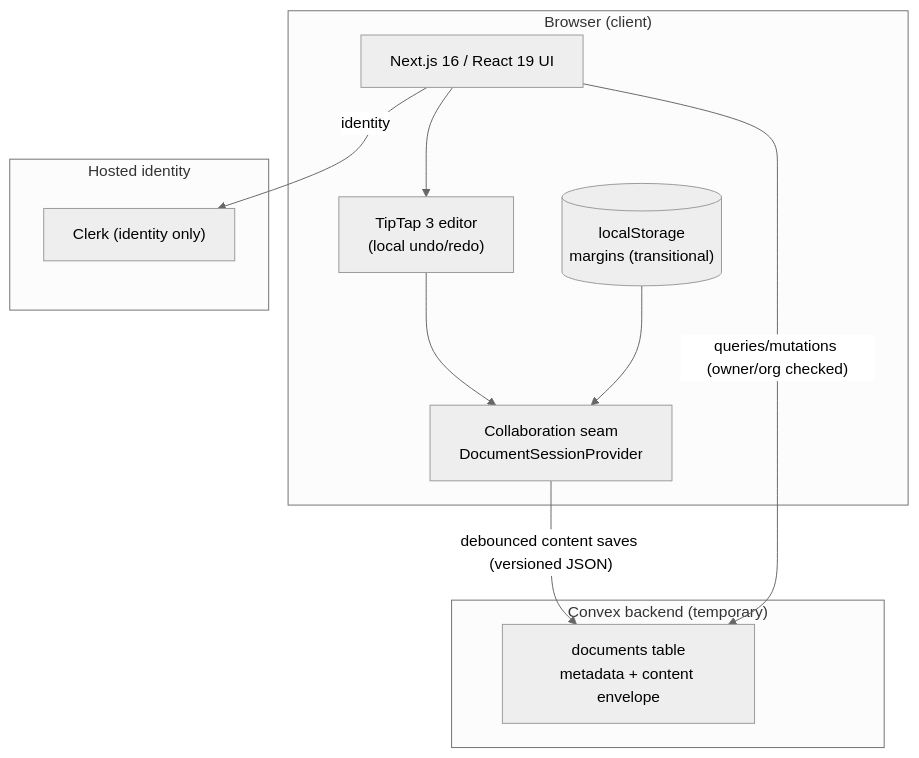
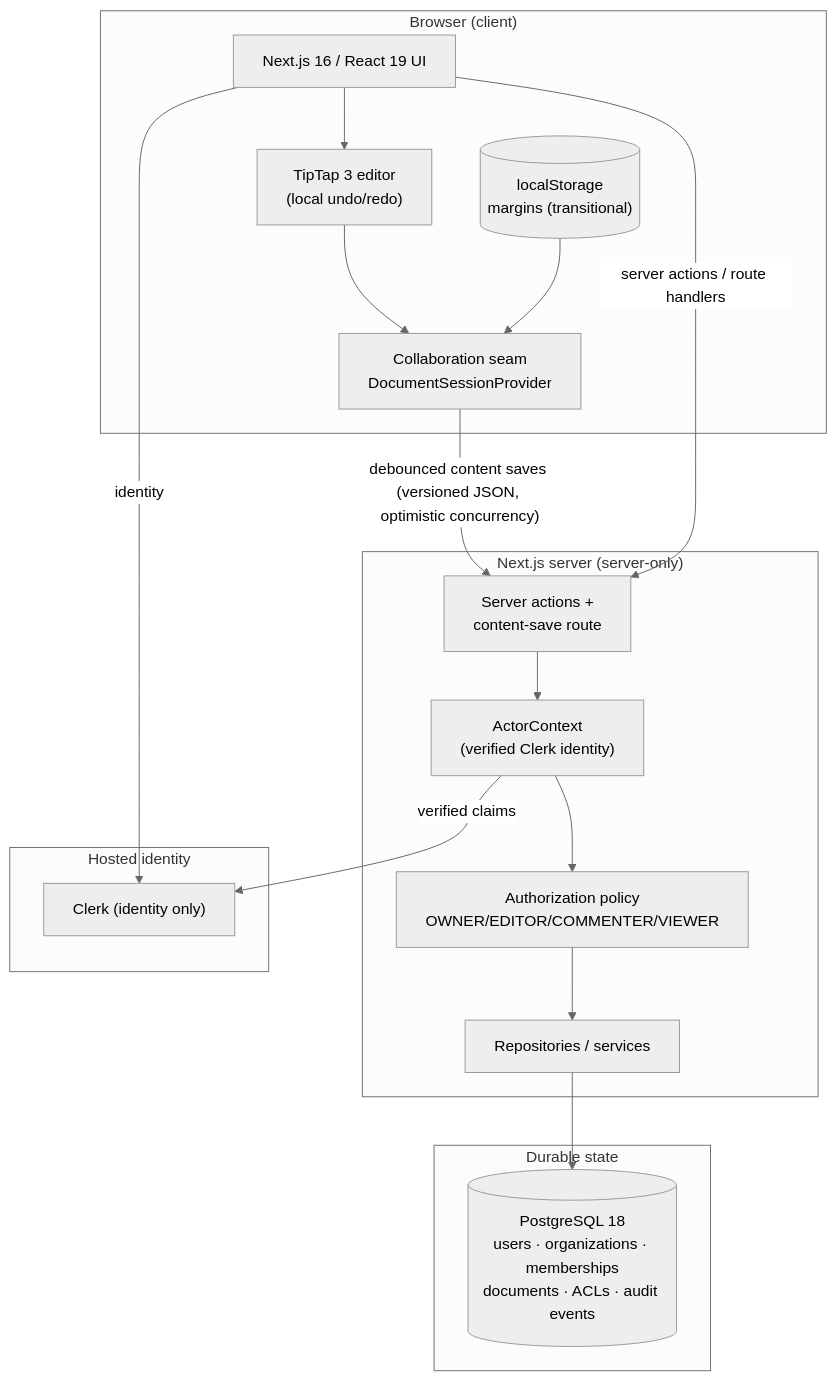
Before and after one commit to UtkarsHMer05/Concord-Dev: the first of 2 diagrams in docs/ARCHITECTURE.md, drawn with Mermaid (neutral theme). The commit also changed other lines of this file and 6 other files, not shown here.

First line of the commit message:
docs: Phase 1 outcome — PostgreSQL architecture, decisions, migration results

````diff
--- a/docs/ARCHITECTURE.md
+++ b/docs/ARCHITECTURE.md
@@ -26,22 +26,33 @@
 ```mermaid
 flowchart TD
     subgraph Browser["Browser (client)"]
         UI["Next.js 16 / React 19 UI"]
         TIPTAP["TipTap 3 editor<br/>(local undo/redo)"]
         SEAM["Collaboration seam<br/>DocumentSessionProvider"]
         UI --> TIPTAP --> SEAM
         LS[("localStorage<br/>margins (transitional)")] --> SEAM
     end
 
-    subgraph Server["Convex backend (temporary)"]
-        CONVEX["documents table<br/>metadata + content envelope"]
+    subgraph Server["Next.js server (server-only)"]
+        ACTOR["ActorContext<br/>(verified Clerk identity)"]
+        POLICY["Authorization policy<br/>OWNER/EDITOR/COMMENTER/VIEWER"]
+        REPO["Repositories / services"]
+        ACTIONS["Server actions +<br/>content-save route"]
+        ACTOR --> POLICY --> REPO
     end
 
-    subgraph SaaS["Hosted identity"]
+    subgraph Data["Durable state"]
+        PG[("PostgreSQL 18<br/>users · organizations · memberships<br/>documents · ACLs · audit events")]
+    end
+
+    subgraph Identity["Hosted identity"]
         CLERK["Clerk (identity only)"]
     end
 
-    SEAM -- "debounced content saves (versioned JSON)" --> CONVEX
-    UI -- "queries/mutations (owner/org checked)" --> CONVEX
+    SEAM -- "debounced content saves (versioned JSON, optimistic concurrency)" --> ACTIONS
+    UI -- "server actions / route handlers" --> ACTIONS
+    ACTIONS --> ACTOR
+    REPO --> PG
     UI -- "identity" --> CLERK
+    ACTOR -- "verified claims" --> CLERK
 ```
````
